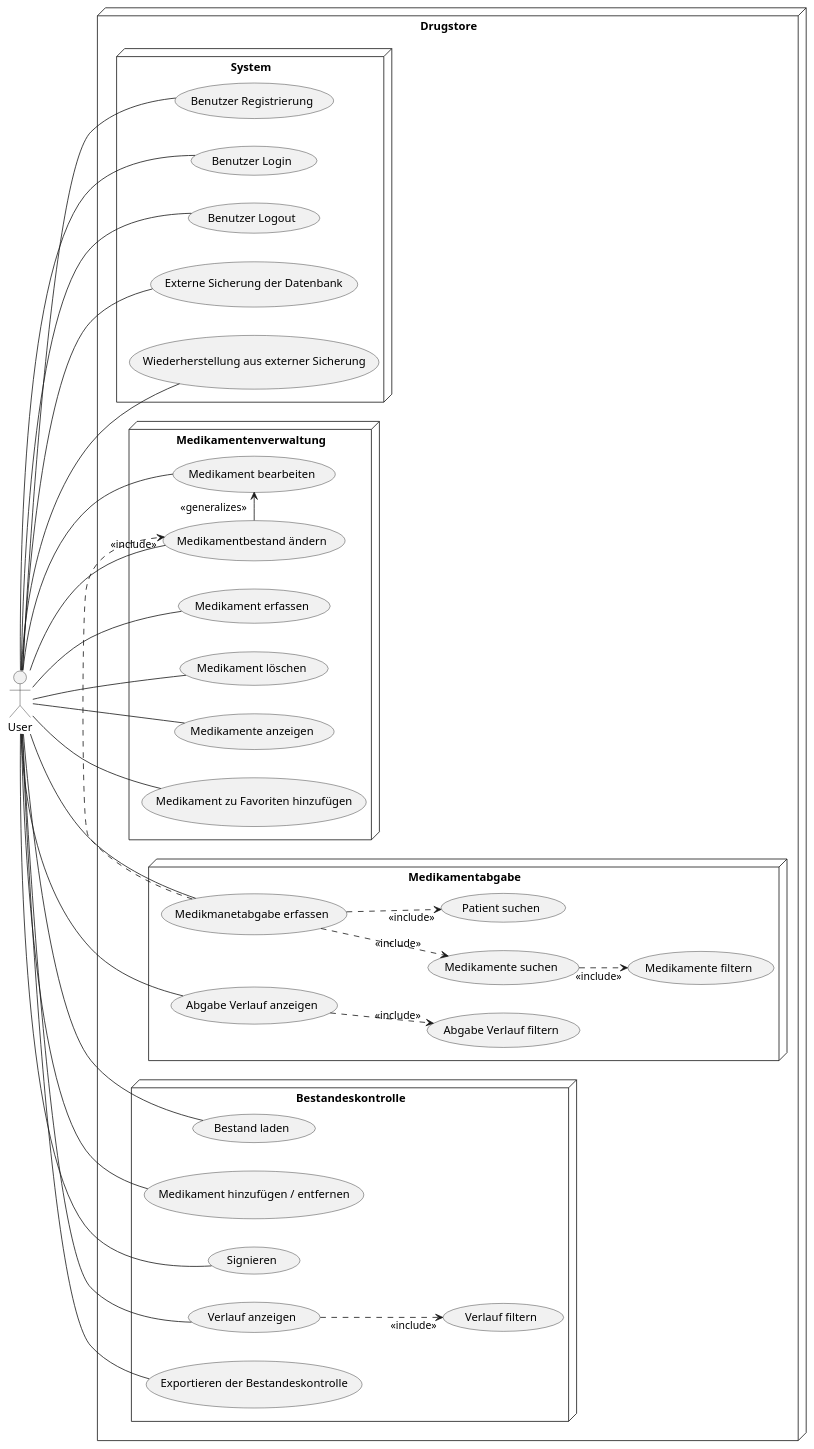
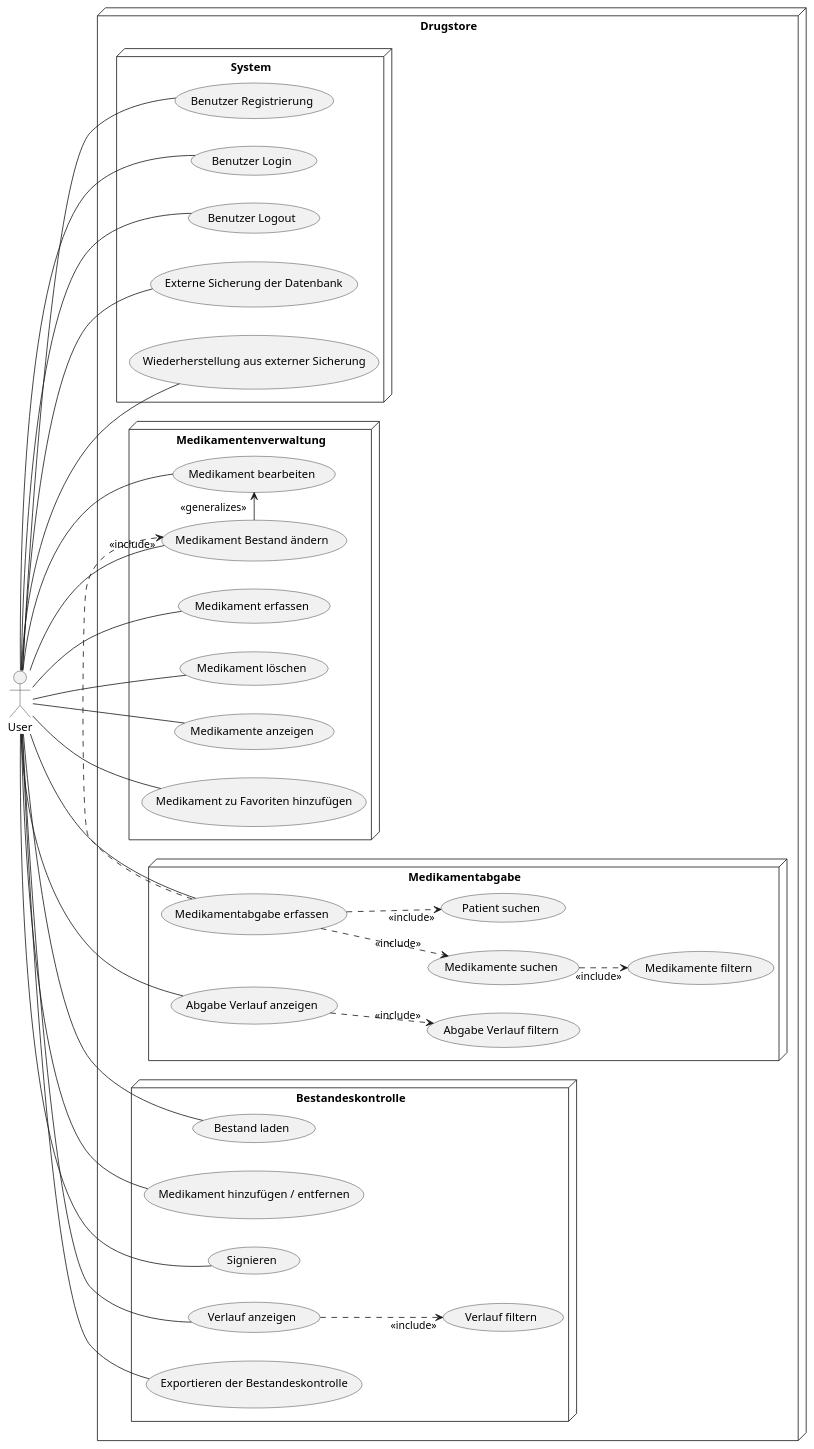
Before and after one commit to lucahost/drugstore: the diagram in docs/use-cases/00_overview.puml, drawn with PlantUML. The commit also changed 11 other files, not shown here.

Commit message:
Rework Interface, UseCase and Data-Model Diagrams

```diff
--- a/docs/use-cases/00_overview.puml
+++ b/docs/use-cases/00_overview.puml
@@ -1,75 +1,75 @@
 @startuml usecase-overview
 left to right direction
 node Drugstore {
 
     node System {
         usecase "Benutzer Registrierung" as UC11
         usecase "Benutzer Login" as UC12
         usecase "Benutzer Logout" as UC13
         usecase "Externe Sicherung der Datenbank" as UC14
         usecase "Wiederherstellung aus externer Sicherung" as UC15
     }
 
     node Medikamentenverwaltung {
         usecase "Medikament erfassen" as UC21
         usecase "Medikament bearbeiten" as UC22
         usecase "Medikament löschen" as UC23
         usecase "Medikamente anzeigen" as UC24
-        usecase "Medikamentbestand ändern" as UC25
+        usecase "Medikament Bestand ändern" as UC25
         usecase "Medikament zu Favoriten hinzufügen" as UC26
     }
 
     node Medikamentabgabe {
-        usecase "Medikmanetabgabe erfassen" as UC31
+        usecase "Medikamentabgabe erfassen" as UC31
         usecase "Medikamente suchen" as UC32
         usecase "Medikamente filtern" as UC33
         usecase "Patient suchen" as UC34
         usecase "Abgabe Verlauf anzeigen" as UC35
         usecase "Abgabe Verlauf filtern" as UC36
     }
 
     node Bestandeskontrolle {
         usecase "Bestand laden" as UC41
         usecase "Medikament hinzufügen / entfernen" as UC42
         usecase "Signieren" as UC43
         usecase "Verlauf anzeigen" as UC44
         usecase "Verlauf filtern" as UC45
         usecase "Exportieren der Bestandeskontrolle" as UC46
     }
 }
 
 
 :User: - UC11
 :User: - UC12
 :User: - UC13
 :User: - UC14
 :User: - UC15
 
 :User: -- UC21
 :User: -- UC22
 :User: -- UC23
 :User: -- UC24
 :User: -- UC25
 :User: -- UC26
 
 :User: --- UC31
 :User: --- UC35
 
 :User: --- UC41
 :User: --- UC42
 :User: --- UC43
 :User: --- UC44
 :User: --- UC46
 
 UC22 <- "<<generalizes>>" UC25
 
 UC31 .> "<<include>>" UC25
 
 UC31 ..> "<<include>>" UC32
 UC31 ..> "<<include>>" UC34
 UC32 ..> "<<include>>" UC33
 UC35 ..> "<<include>>" UC36
 
 UC44 ..> "<<include>>" UC45
 
 @enduml
```
